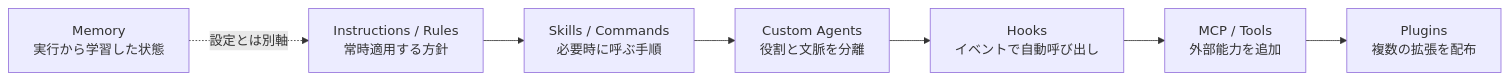
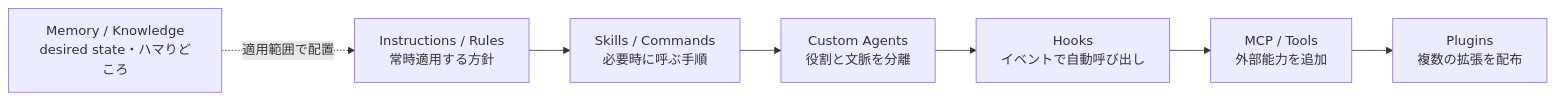
The first of 3 diagrams in articles/agentic-coding-clis_20260807.md (suwa-sh/zenn-contents), drawn with Mermaid before and after one commit. The commit also changed other lines of this file and 1 other file, not shown here.

````diff
--- a/articles/agentic-coding-clis_20260807.md
+++ b/articles/agentic-coding-clis_20260807.md
@@ -45,9 +45,9 @@
 ```mermaid
 flowchart LR
     A["Instructions / Rules<br/>常時適用する方針"] --> B["Skills / Commands<br/>必要時に呼ぶ手順"]
     B --> C["Custom Agents<br/>役割と文脈を分離"]
     C --> D["Hooks<br/>イベントで自動呼び出し"]
     D --> E["MCP / Tools<br/>外部能力を追加"]
     E --> F["Plugins<br/>複数の拡張を配布"]
-    M["Memory<br/>実行から学習した状態"] -. "設定とは別軸" .-> A
+    M["Memory / Knowledge<br/>desired state・ハマりどころ"] -. "適用範囲で配置" .-> A
 ```
````
